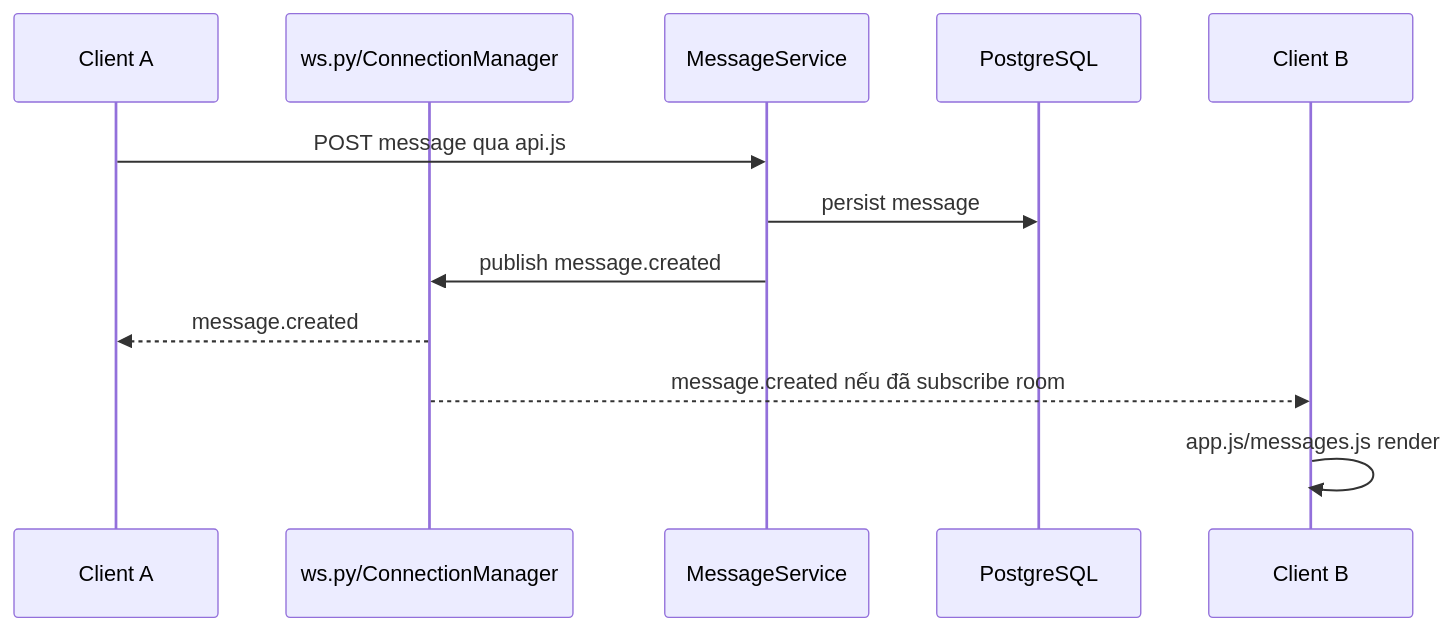
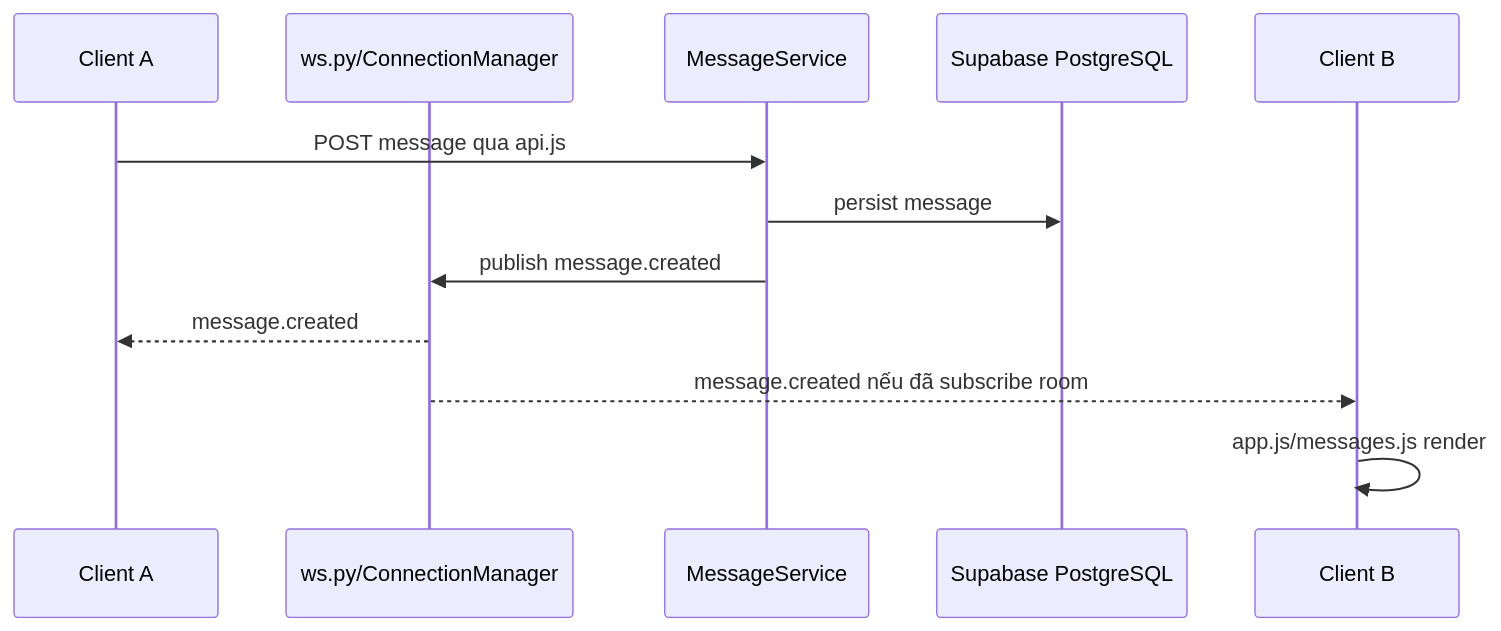
Before and after one commit to Dungx1107/team-chat: the diagram in docs/08-websocket-realtime.md, drawn with Mermaid. The commit also changed 14 other files, not shown here.

````diff
--- a/docs/08-websocket-realtime.md
+++ b/docs/08-websocket-realtime.md
@@ -28,14 +28,14 @@
 ```mermaid
 sequenceDiagram
     participant A as Client A
     participant W as ws.py/ConnectionManager
     participant S as MessageService
-    participant D as PostgreSQL
+    participant D as Supabase PostgreSQL
     participant B as Client B
     A->>S: POST message qua api.js
     S->>D: persist message
     S->>W: publish message.created
     W-->>A: message.created
     W-->>B: message.created nếu đã subscribe room
     B->>B: app.js/messages.js render
 ```
````
